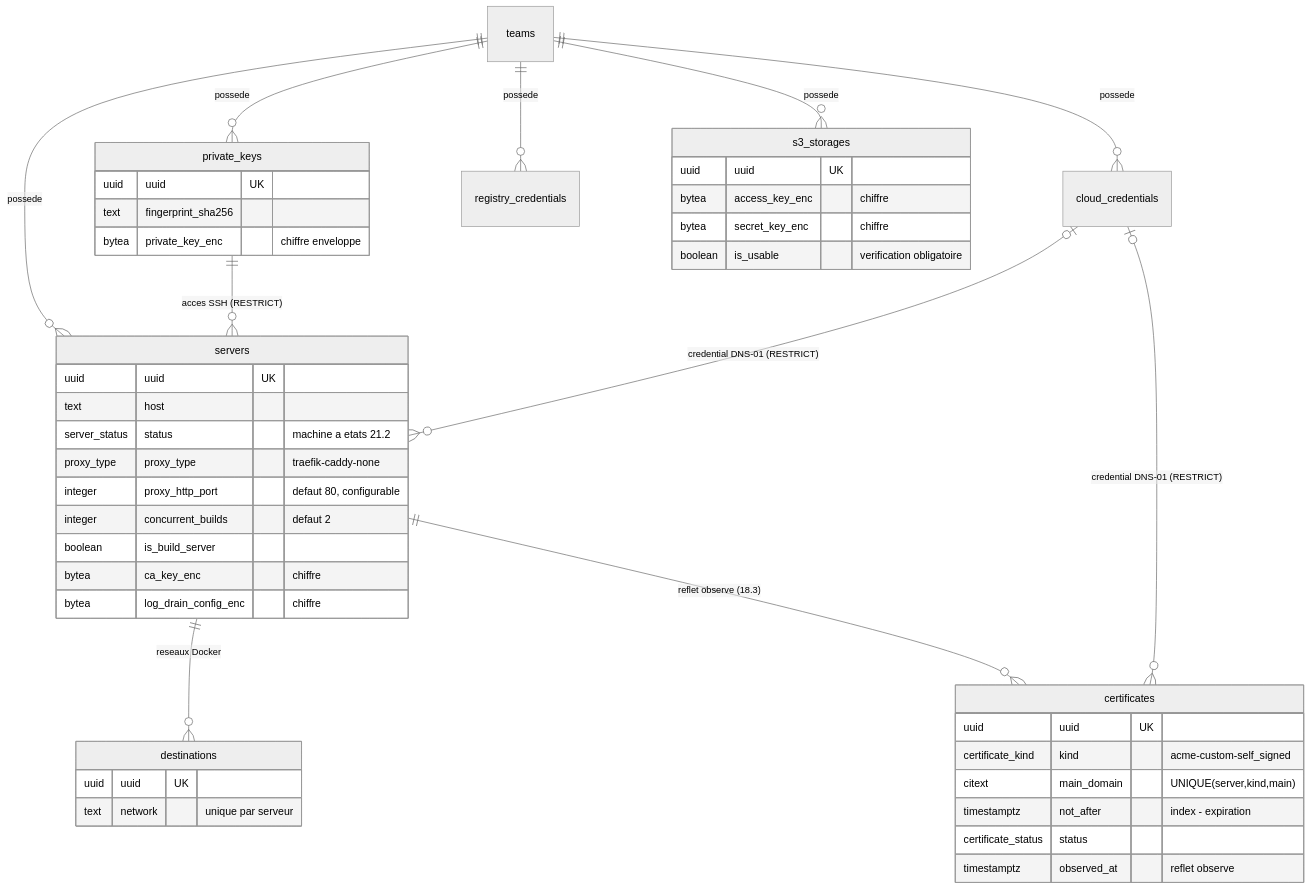
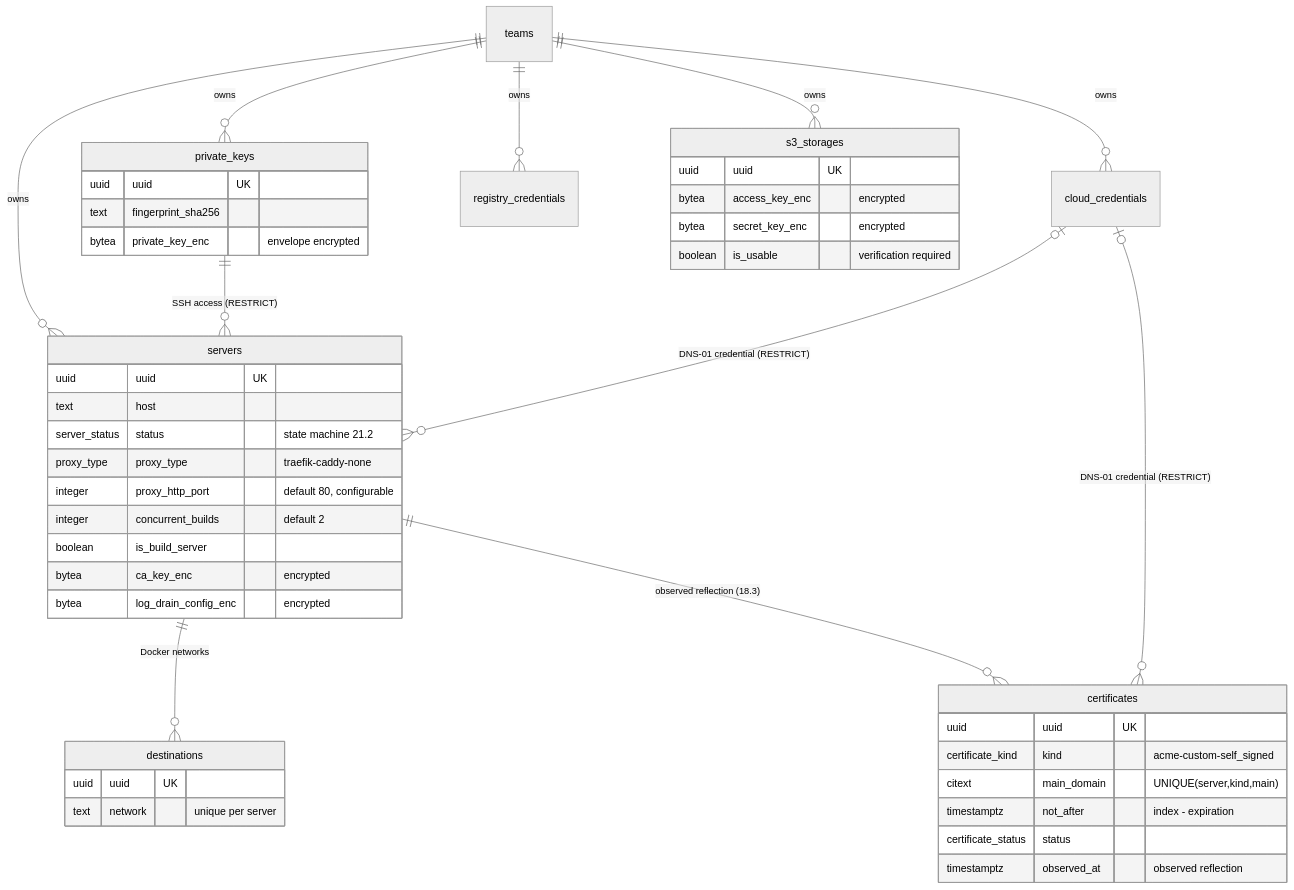
The fourth of 9 diagrams in docs/specs/erd.md (deepteams/akerdock), drawn with Mermaid (neutral theme) before and after one commit. The commit also changed other lines of this file and 34 other files, not shown here.

````diff
--- a/docs/specs/erd.md
+++ b/docs/specs/erd.md
@@ -117,48 +117,48 @@
 ```mermaid
 erDiagram
-    teams ||--o{ servers : "possede"
-    teams ||--o{ private_keys : "possede"
-    teams ||--o{ cloud_credentials : "possede"
-    teams ||--o{ registry_credentials : "possede"
-    teams ||--o{ s3_storages : "possede"
-    private_keys ||--o{ servers : "acces SSH (RESTRICT)"
-    servers ||--o{ destinations : "reseaux Docker"
-    servers ||--o{ certificates : "reflet observe (18.3)"
-    cloud_credentials |o--o{ servers : "credential DNS-01 (RESTRICT)"
-    cloud_credentials |o--o{ certificates : "credential DNS-01 (RESTRICT)"
+    teams ||--o{ servers : "owns"
+    teams ||--o{ private_keys : "owns"
+    teams ||--o{ cloud_credentials : "owns"
+    teams ||--o{ registry_credentials : "owns"
+    teams ||--o{ s3_storages : "owns"
+    private_keys ||--o{ servers : "SSH access (RESTRICT)"
+    servers ||--o{ destinations : "Docker networks"
+    servers ||--o{ certificates : "observed reflection (18.3)"
+    cloud_credentials |o--o{ servers : "DNS-01 credential (RESTRICT)"
+    cloud_credentials |o--o{ certificates : "DNS-01 credential (RESTRICT)"
 
     servers {
         uuid uuid UK
         text host
-        server_status status "machine a etats 21.2"
+        server_status status "state machine 21.2"
         proxy_type proxy_type "traefik-caddy-none"
-        integer proxy_http_port "defaut 80, configurable"
-        integer concurrent_builds "defaut 2"
+        integer proxy_http_port "default 80, configurable"
+        integer concurrent_builds "default 2"
         boolean is_build_server
-        bytea ca_key_enc "chiffre"
-        bytea log_drain_config_enc "chiffre"
+        bytea ca_key_enc "encrypted"
+        bytea log_drain_config_enc "encrypted"
     }
     private_keys {
         uuid uuid UK
         text fingerprint_sha256
-        bytea private_key_enc "chiffre enveloppe"
+        bytea private_key_enc "envelope encrypted"
     }
     s3_storages {
         uuid uuid UK
-        bytea access_key_enc "chiffre"
-        bytea secret_key_enc "chiffre"
-        boolean is_usable "verification obligatoire"
+        bytea access_key_enc "encrypted"
+        bytea secret_key_enc "encrypted"
+        boolean is_usable "verification required"
     }
     destinations {
         uuid uuid UK
-        text network "unique par serveur"
+        text network "unique per server"
     }
     certificates {
         uuid uuid UK
         certificate_kind kind "acme-custom-self_signed"
         citext main_domain "UNIQUE(server,kind,main)"
         timestamptz not_after "index - expiration"
         certificate_status status
-        timestamptz observed_at "reflet observe"
+        timestamptz observed_at "observed reflection"
     }
 ```
````
